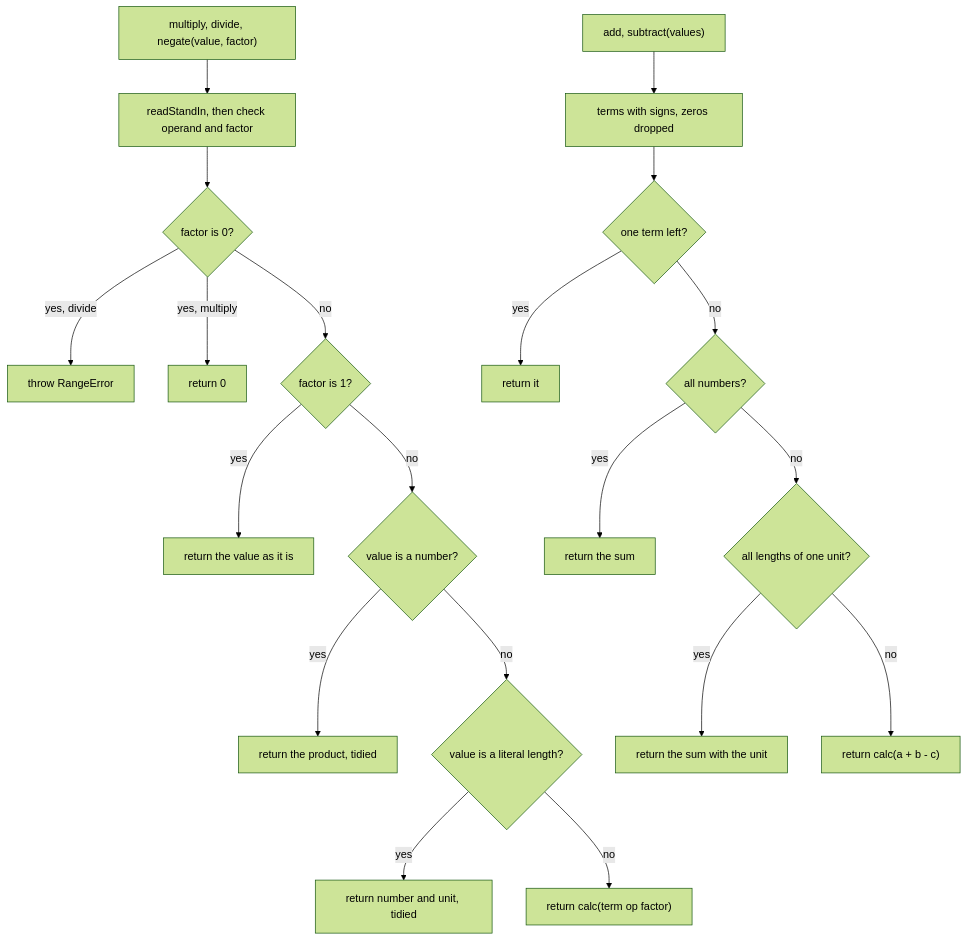
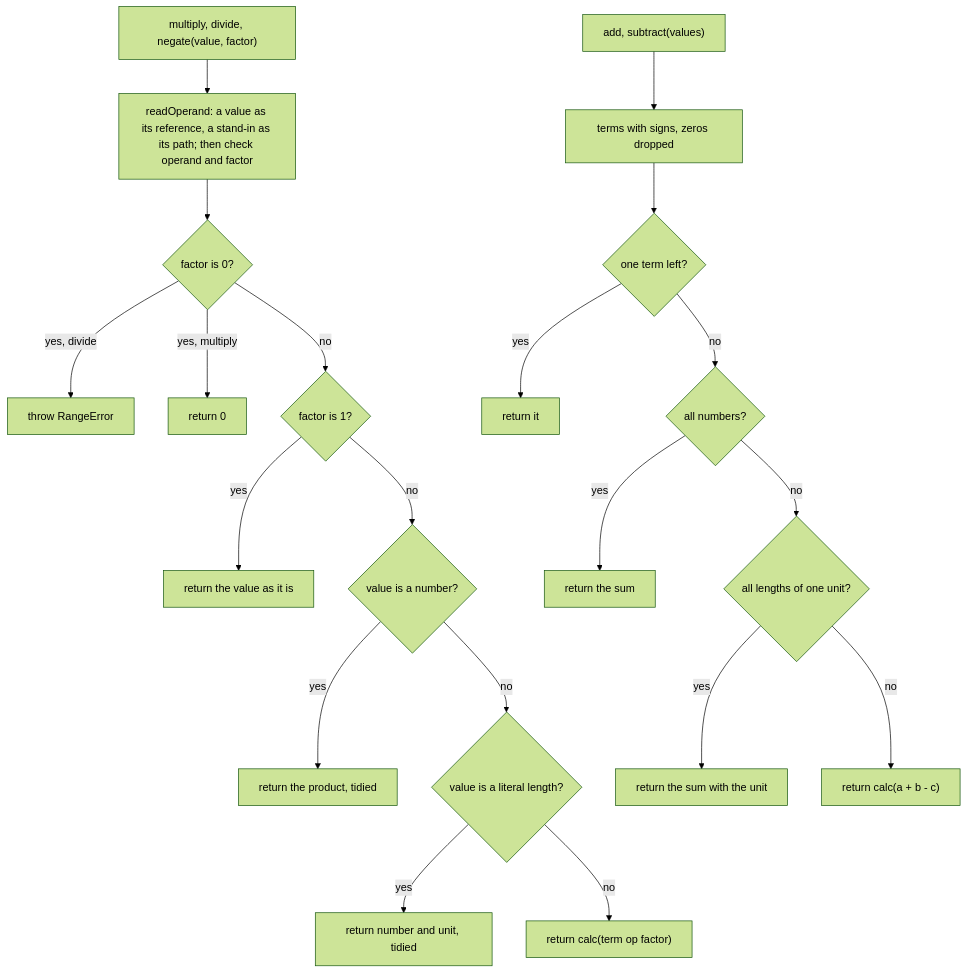
The diagram in packages/core/src/calc.md (soroush-tech/umber-style), drawn with Mermaid (forest theme) before and after one commit. The commit also changed other lines of this file and 127 other files, not shown here.

````diff
--- a/packages/core/src/calc.md
+++ b/packages/core/src/calc.md
@@ -18,22 +18,22 @@
 ```mermaid
 flowchart TD
-  start["multiply, divide, negate(value, factor)"] --> read["readStandIn, then check operand and factor"]
+  start["multiply, divide, negate(value, factor)"] --> read["readOperand: a value as its reference, a stand-in as its path; then check operand and factor"]
   read --> zero{"factor is 0?"}
   zero -->|"yes, divide"| range["throw RangeError"]
   zero -->|"yes, multiply"| retZero["return 0"]
   zero -->|no| one{"factor is 1?"}
   one -->|yes| same["return the value as it is"]
   one -->|no| num{"value is a number?"}
   num -->|yes| tidyNum["return the product, tidied"]
   num -->|no| lit{"value is a literal length?"}
   lit -->|yes| litOut["return number and unit, tidied"]
   lit -->|no| wrap["return calc(term op factor)"]
   add["add, subtract(values)"] --> terms["terms with signs, zeros dropped"]
   terms --> count{"one term left?"}
   count -->|yes| single["return it"]
   count -->|no| nums{"all numbers?"}
   nums -->|yes| sumN["return the sum"]
   nums -->|no| lens{"all lengths of one unit?"}
   lens -->|yes| sumL["return the sum with the unit"]
   lens -->|no| calc["return calc(a + b - c)"]
 ```
````
